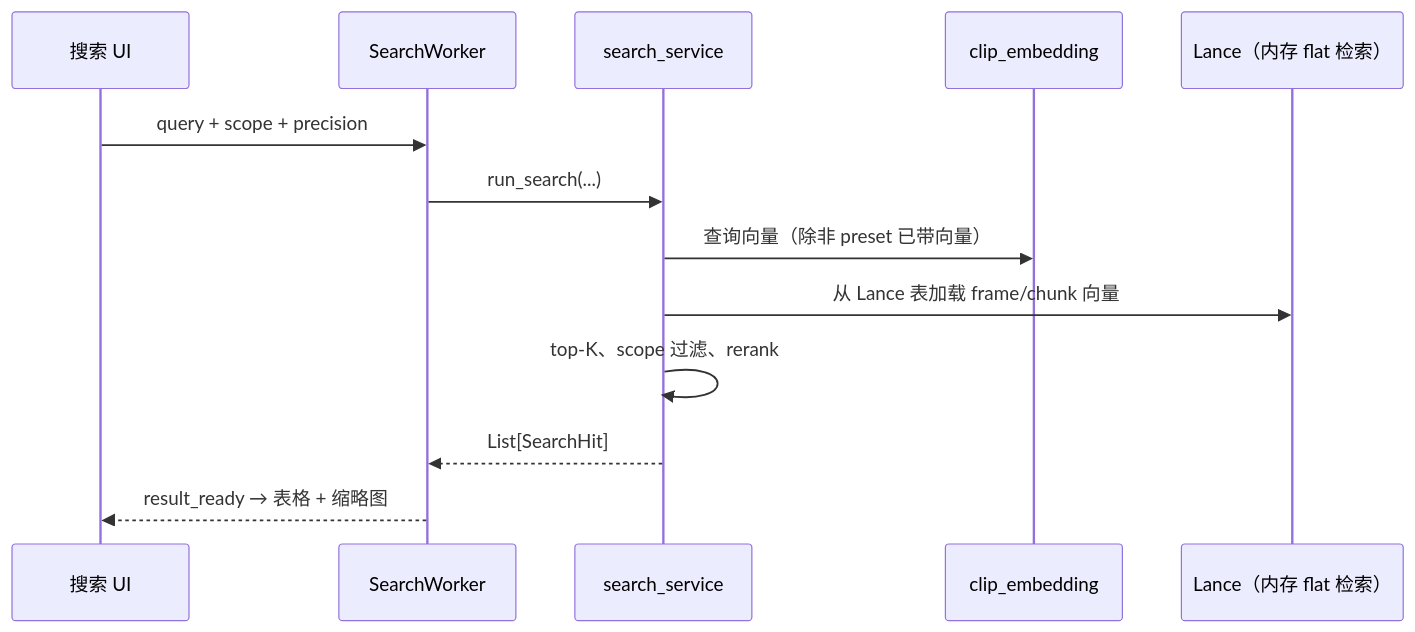
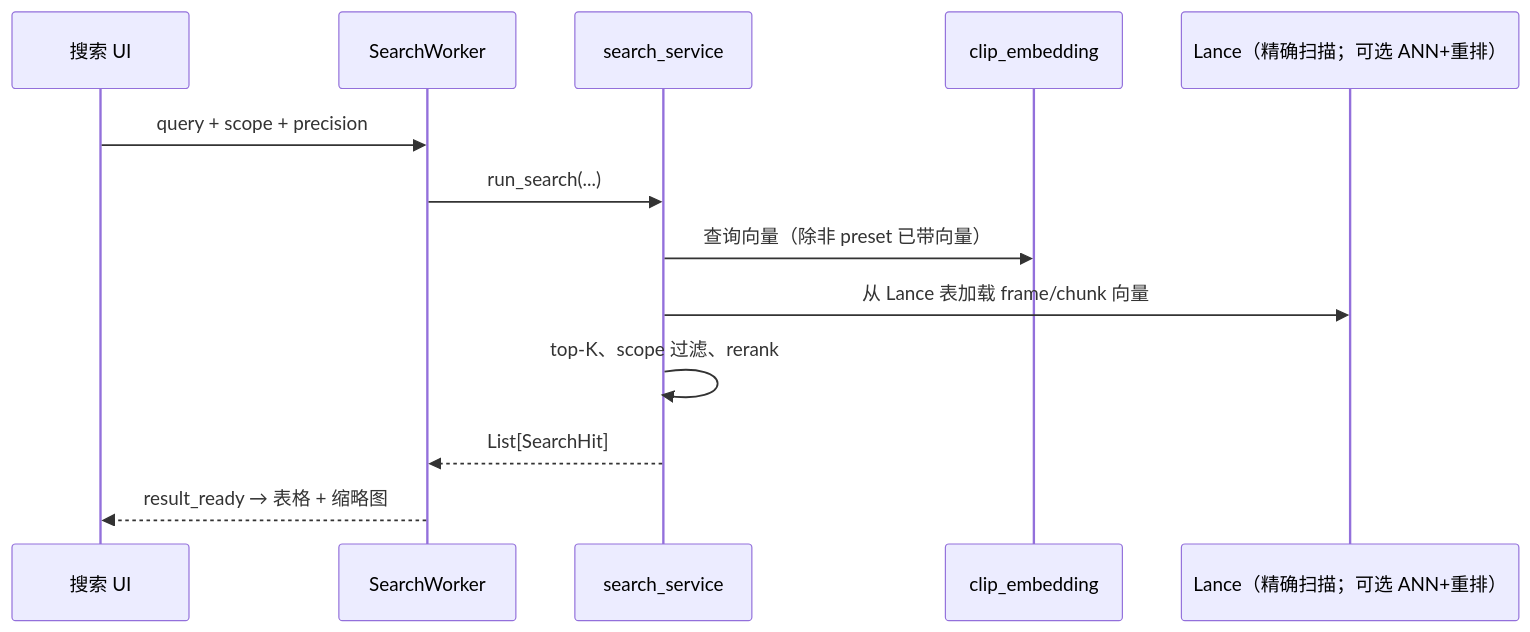
Before and after one commit to 6v17/VideoSeek: the sixth of 6 diagrams in docs/architecture.md, drawn with Mermaid. The commit also changed other lines of this file and 4 other files, not shown here.

````diff
--- a/docs/architecture.md
+++ b/docs/architecture.md
@@ -157,15 +160,15 @@
 ```mermaid
 sequenceDiagram
   participant UI as 搜索 UI
   participant W as SearchWorker
   participant SS as search_service
   participant CE as clip_embedding
-  participant IX as Lance（内存 flat 检索）
+  participant IX as Lance（精确扫描；可选 ANN+重排）
   UI->>W: query + scope + precision
   W->>SS: run_search(...)
   SS->>CE: 查询向量（除非 preset 已带向量）
   SS->>IX: 从 Lance 表加载 frame/chunk 向量
   SS->>SS: top-K、scope 过滤、rerank
   SS-->>W: List[SearchHit]
   W-->>UI: result_ready → 表格 + 缩略图
 ```
````
